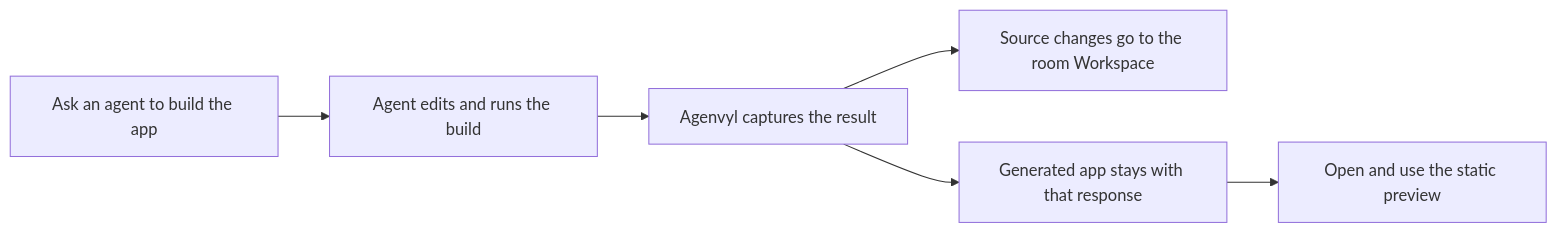
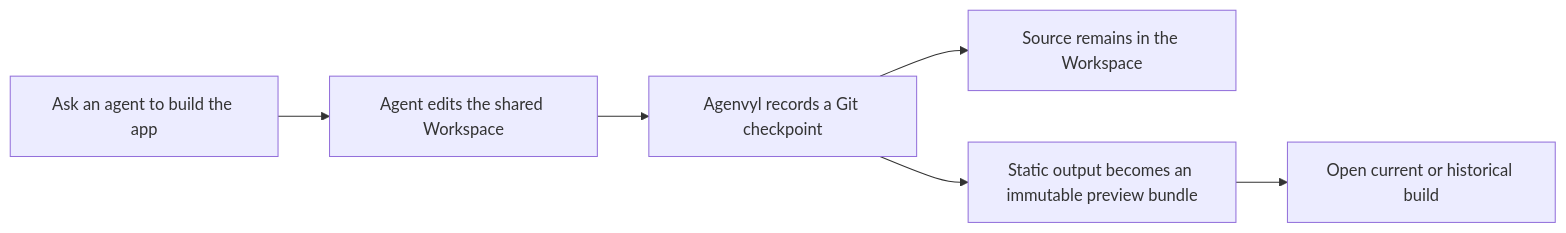
Before and after one commit to riffi/agenvyl: the diagram in docs/user-guide/app-builds.md, drawn with Mermaid. The commit also changed other lines of this file and 42 other files, not shown here.

````diff
--- a/docs/user-guide/app-builds.md
+++ b/docs/user-guide/app-builds.md
@@ -11,8 +10,8 @@
 ```mermaid
 flowchart LR
-  Ask[Ask an agent to build the app] --> Run[Agent edits and runs the build]
-  Run --> Capture[Agenvyl captures the result]
-  Capture --> Source[Source changes go to the room Workspace]
-  Capture --> Build[Generated app stays with that response]
-  Build --> Preview[Open and use the static preview]
+  Ask[Ask an agent to build the app] --> Run[Agent edits the shared Workspace]
+  Run --> Checkpoint[Agenvyl records a Git checkpoint]
+  Checkpoint --> Source[Source remains in the Workspace]
+  Checkpoint --> Bundle[Static output becomes an immutable preview bundle]
+  Bundle --> Preview[Open current or historical build]
 ```
````
